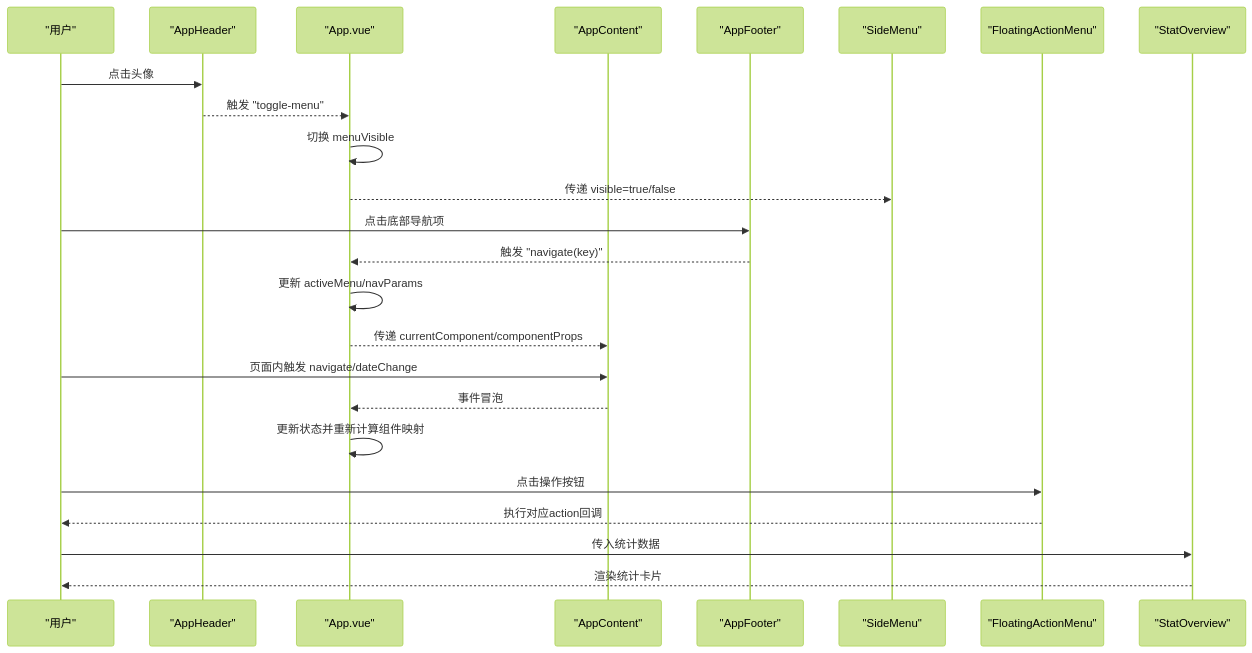
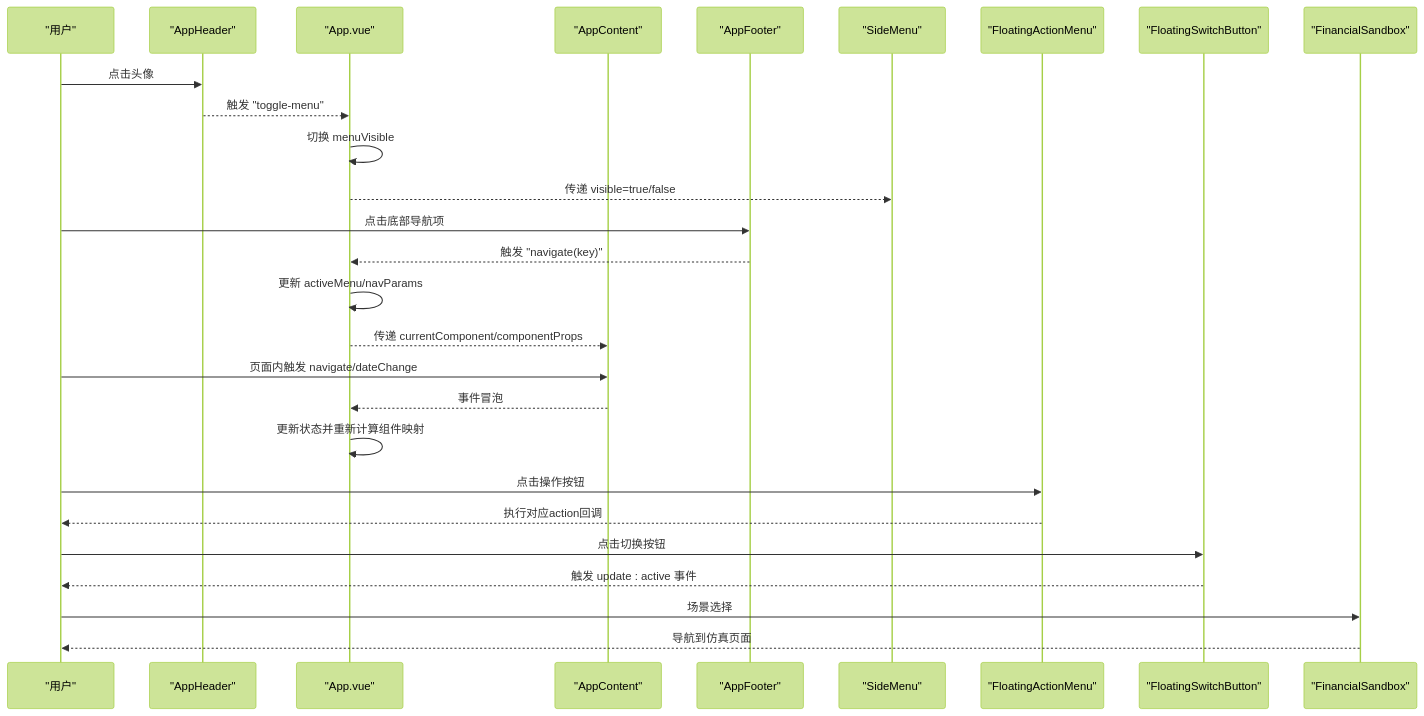
Before and after one commit to xiao-lin-unit/yuan: the second of 18 diagrams in .qoder/repowiki/zh/content/UI组件/UI组件.md, drawn with Mermaid (forest theme). The commit also changed other lines of this file and 14 other files, not shown here.

````diff
--- a/.qoder/repowiki/zh/content/UI组件/UI组件.md
+++ b/.qoder/repowiki/zh/content/UI组件/UI组件.md
@@ -222,26 +265,29 @@
 ```mermaid
 sequenceDiagram
 participant U as "用户"
 participant AH as "AppHeader"
 participant APP as "App.vue"
 participant AC as "AppContent"
 participant AF as "AppFooter"
 participant SM as "SideMenu"
 participant FAM as "FloatingActionMenu"
-participant SO as "StatOverview"
+participant FSB as "FloatingSwitchButton"
+participant FS as "FinancialSandbox"
 U->>AH : 点击头像
 AH-->>APP : 触发 "toggle-menu"
 APP->>APP : 切换 menuVisible
 APP-->>SM : 传递 visible=true/false
 U->>AF : 点击底部导航项
 AF-->>APP : 触发 "navigate(key)"
 APP->>APP : 更新 activeMenu/navParams
 APP-->>AC : 传递 currentComponent/componentProps
 U->>AC : 页面内触发 navigate/dateChange
 AC-->>APP : 事件冒泡
 APP->>APP : 更新状态并重新计算组件映射
 U->>FAM : 点击操作按钮
 FAM-->>U : 执行对应action回调
-U->>SO : 传入统计数据
-SO-->>U : 渲染统计卡片
+U->>FSB : 点击切换按钮
+FSB-->>U : 触发 update : active 事件
+U->>FS : 场景选择
+FS-->>U : 导航到仿真页面
 ```
````
